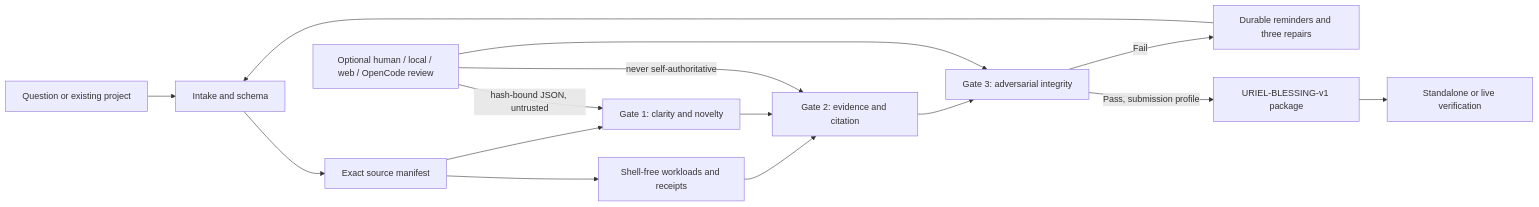
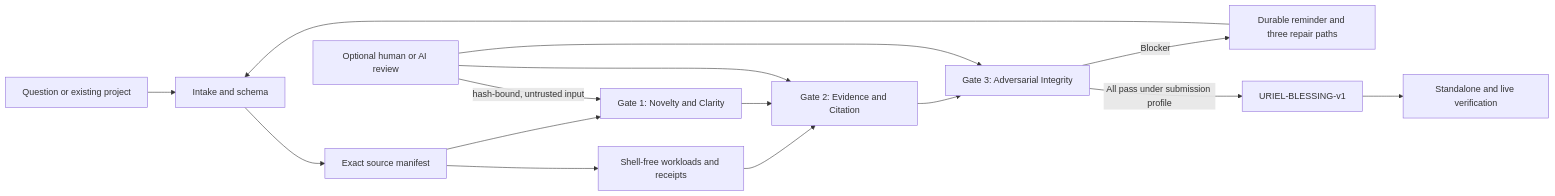
The diagram in README.md (dmonsta86/uriel), drawn with Mermaid before and after one commit. The commit also changed other lines of this file and 14 other files, not shown here.

````diff
--- a/README.md
+++ b/README.md
@@ -159,17 +280,17 @@
 ```mermaid
 flowchart LR
     Q[Question or existing project] --> I[Intake and schema]
     I --> S[Exact source manifest]
     S --> R[Shell-free workloads and receipts]
-    S --> G1[Gate 1: clarity and novelty]
-    R --> G2[Gate 2: evidence and citation]
+    S --> G1[Gate 1: Novelty and Clarity]
+    R --> G2[Gate 2: Evidence and Citation]
     G1 --> G2
-    G2 --> G3[Gate 3: adversarial integrity]
-    G3 -->|Fail| M[Durable reminders and three repairs]
+    G2 --> G3[Gate 3: Adversarial Integrity]
+    G3 -->|Blocker| M[Durable reminder and three repair paths]
     M --> I
-    G3 -->|Pass, submission profile| B[URIEL-BLESSING-v1 package]
-    B --> V[Standalone or live verification]
-    A[Optional human / local / web / OpenCode review] -->|hash-bound JSON, untrusted| G1
-    A -->|never self-authoritative| G2
+    G3 -->|All pass under submission profile| B[URIEL-BLESSING-v1]
+    B --> V[Standalone and live verification]
+    A[Optional human or AI review] -->|hash-bound, untrusted input| G1
+    A --> G2
     A --> G3
 ```
````
